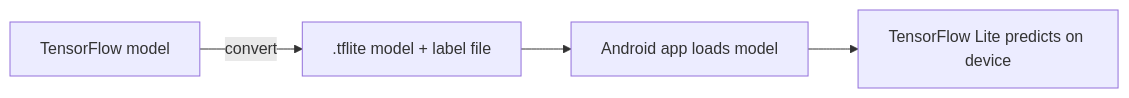
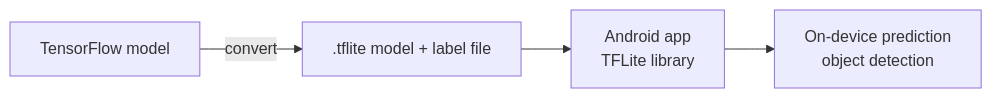
The diagram in notes/step-16-ai-infrastructure-deployment-and-system-design/187-android-tensorflow-lite-machine-learning-example.md (kaisarnajar/outcome-school-blogs), drawn with Mermaid before and after one commit. The commit also changed other lines of this file and 233 other files, not shown here.

````diff
--- a/notes/step-16-ai-infrastructure-deployment-and-system-design/187-android-tensorflow-lite-machine-learning-example.md
+++ b/notes/step-16-ai-infrastructure-deployment-and-system-design/187-android-tensorflow-lite-machine-learning-example.md
@@ -33,6 +33,6 @@
 ```mermaid
 flowchart LR
     A["TensorFlow model"] -->|"convert"| B[".tflite model + label file"]
-    B --> C["Android app loads model"]
-    C --> D["TensorFlow Lite predicts on device"]
+    B --> C["Android app<br/>TFLite library"]
+    C --> D["On-device prediction<br/>object detection"]
 ```
````
